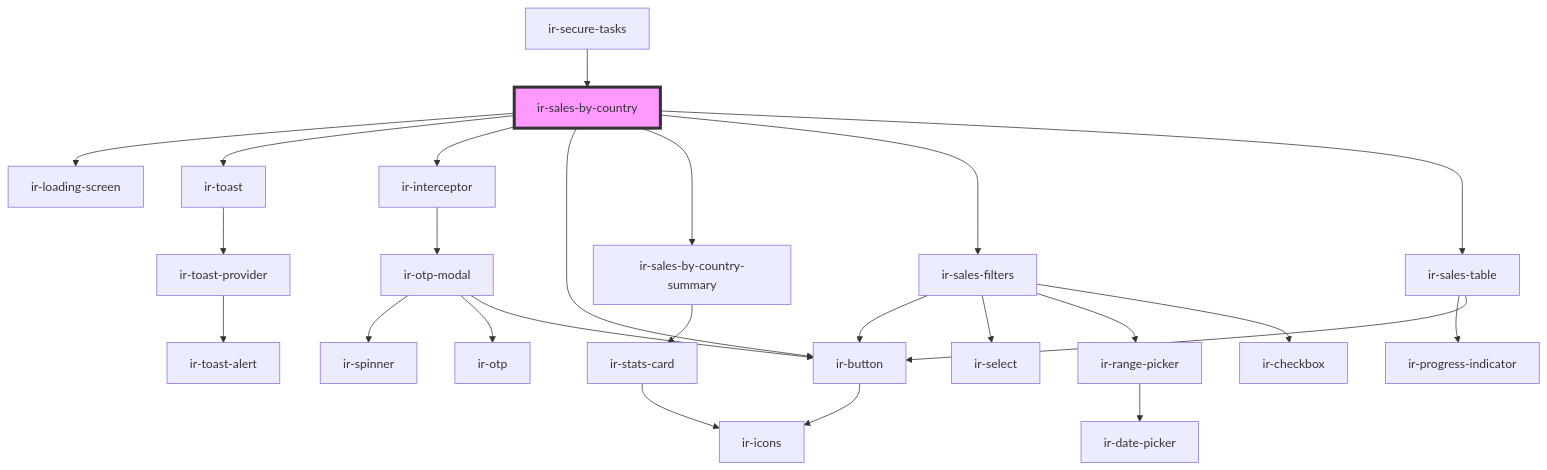
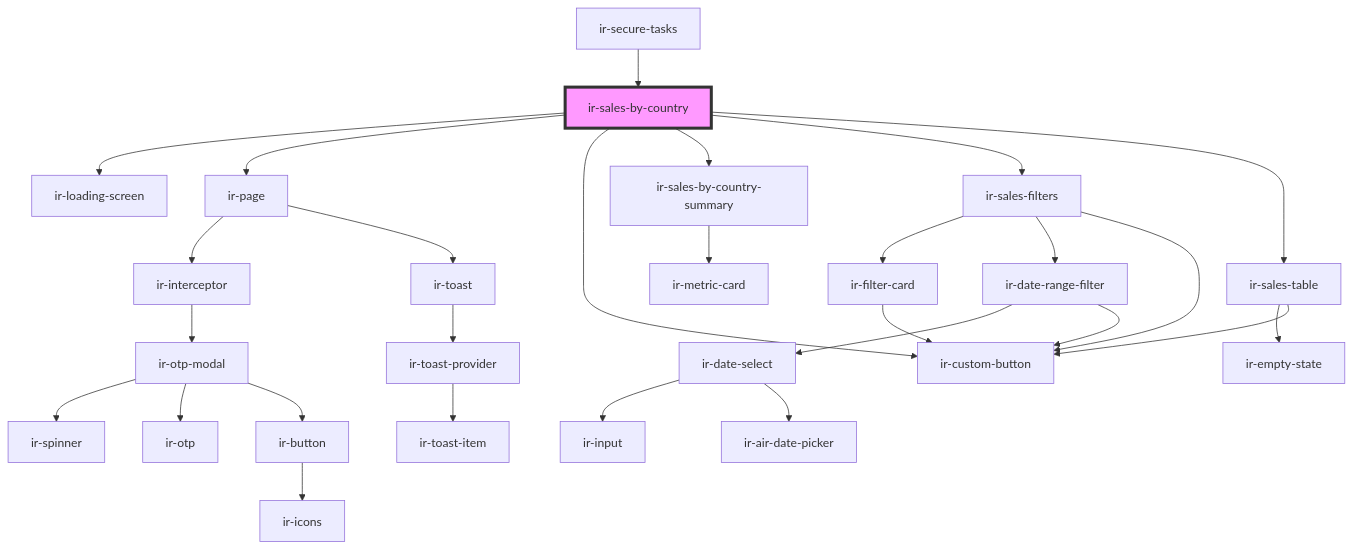
Before and after one commit to RonyRizk/ir-webcmp: the diagram in src/components/ir-sales-by-country/readme.md, drawn with Mermaid. The commit also changed other lines of this file and 508 other files, not shown here.

````diff
--- a/src/components/ir-sales-by-country/readme.md
+++ b/src/components/ir-sales-by-country/readme.md
@@ -35,28 +34,31 @@
 ```mermaid
 graph TD;
   ir-sales-by-country --> ir-loading-screen
-  ir-sales-by-country --> ir-toast
-  ir-sales-by-country --> ir-interceptor
-  ir-sales-by-country --> ir-button
+  ir-sales-by-country --> ir-page
+  ir-sales-by-country --> ir-custom-button
   ir-sales-by-country --> ir-sales-by-country-summary
   ir-sales-by-country --> ir-sales-filters
   ir-sales-by-country --> ir-sales-table
-  ir-toast --> ir-toast-provider
-  ir-toast-provider --> ir-toast-alert
+  ir-page --> ir-interceptor
+  ir-page --> ir-toast
   ir-interceptor --> ir-otp-modal
   ir-otp-modal --> ir-spinner
   ir-otp-modal --> ir-otp
   ir-otp-modal --> ir-button
   ir-button --> ir-icons
-  ir-sales-by-country-summary --> ir-stats-card
-  ir-stats-card --> ir-icons
-  ir-sales-filters --> ir-button
-  ir-sales-filters --> ir-select
-  ir-sales-filters --> ir-range-picker
-  ir-sales-filters --> ir-checkbox
-  ir-range-picker --> ir-date-picker
-  ir-sales-table --> ir-progress-indicator
-  ir-sales-table --> ir-button
+  ir-toast --> ir-toast-provider
+  ir-toast-provider --> ir-toast-item
+  ir-sales-by-country-summary --> ir-metric-card
+  ir-sales-filters --> ir-filter-card
+  ir-sales-filters --> ir-date-range-filter
+  ir-sales-filters --> ir-custom-button
+  ir-filter-card --> ir-custom-button
+  ir-date-range-filter --> ir-date-select
+  ir-date-range-filter --> ir-custom-button
+  ir-date-select --> ir-input
+  ir-date-select --> ir-air-date-picker
+  ir-sales-table --> ir-empty-state
+  ir-sales-table --> ir-custom-button
   ir-secure-tasks --> ir-sales-by-country
   style ir-sales-by-country fill:#f9f,stroke:#333,stroke-width:4px
 ```
````
